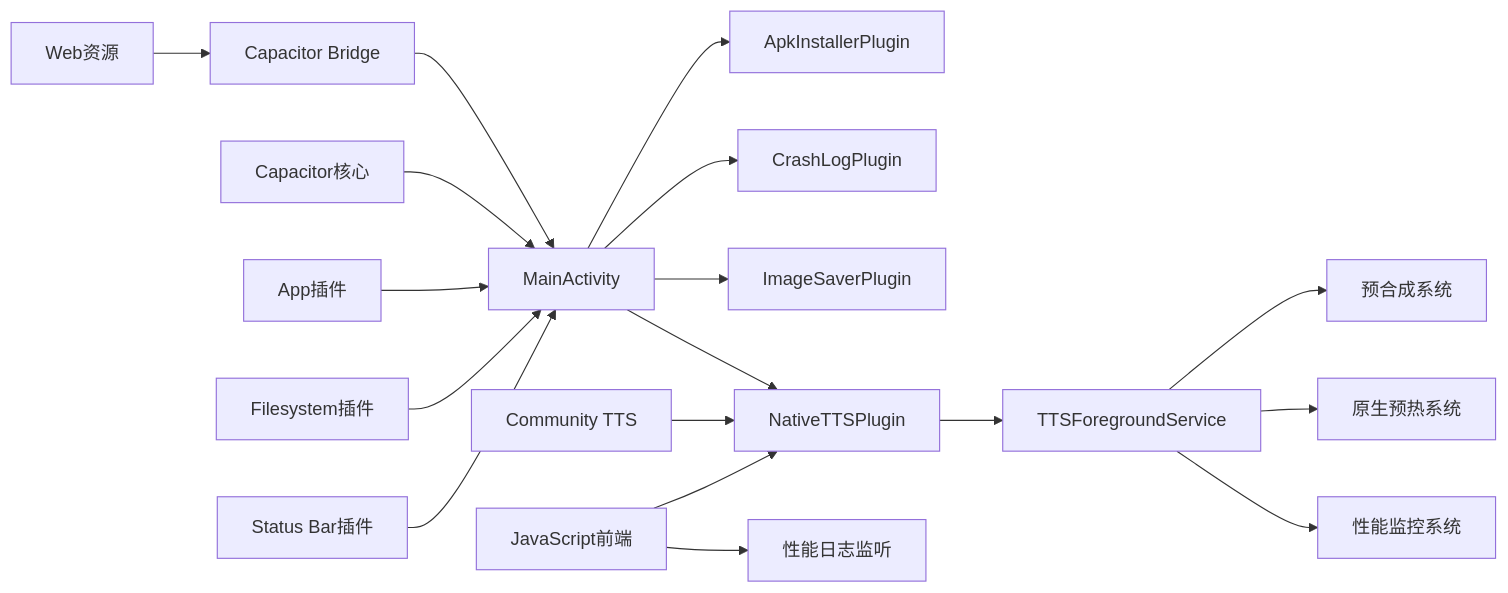
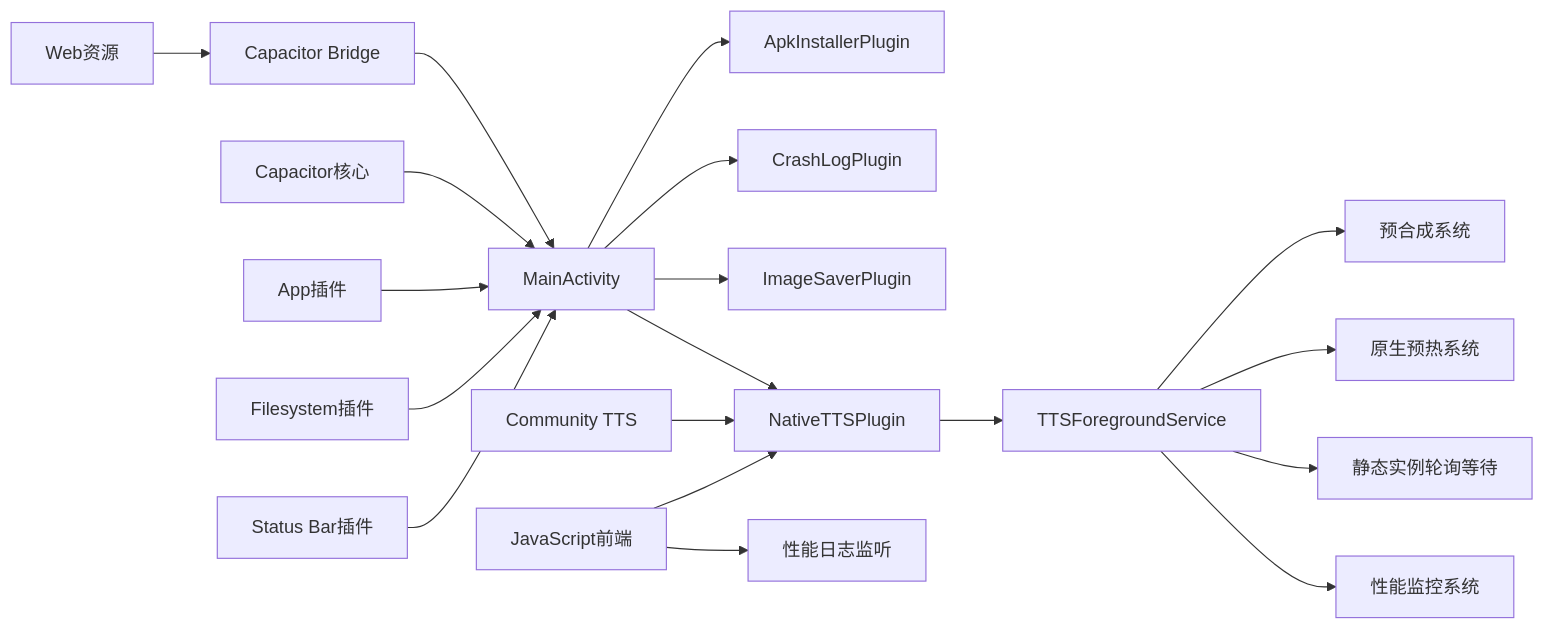
Diagram 11 of 11 in .qoder/repowiki/zh/content/移动应用开发/移动应用开发.md (zhao-zg/cx), drawn with Mermaid before and after one commit. The commit also changed other lines of this file and 44 other files, not shown here.

````diff
--- a/.qoder/repowiki/zh/content/移动应用开发/移动应用开发.md
+++ b/.qoder/repowiki/zh/content/移动应用开发/移动应用开发.md
@@ -580,20 +606,21 @@
 ```mermaid
 graph LR
 WEB["Web资源"] --> BRIDGE["Capacitor Bridge"]
 BRIDGE --> MAINACT["MainActivity"]
 MAINACT --> APK["ApkInstallerPlugin"]
 MAINACT --> CRASH["CrashLogPlugin"]
 MAINACT --> IMG["ImageSaverPlugin"]
 MAINACT --> TTS["NativeTTSPlugin"]
 CAP["Capacitor核心"] --> MAINACT
 APP["App插件"] --> MAINACT
 FS["Filesystem插件"] --> MAINACT
 SB["Status Bar插件"] --> MAINACT
 CTTS["Community TTS"] --> TTS
 TTS --> SERVICE["TTSForegroundService"]
 SERVICE --> PRE_SYNTH["预合成系统"]
 SERVICE --> WARMUP["原生预热系统"]
+SERVICE --> POLLING["静态实例轮询等待"]
 SERVICE --> PERF_MONITOR["性能监控系统"]
 JAVASCRIPT["JavaScript前端"] --> TTS
 JAVASCRIPT --> PERF_LOG["性能日志监听"]
 ```
````
